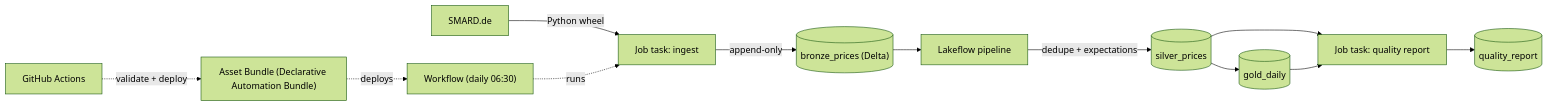
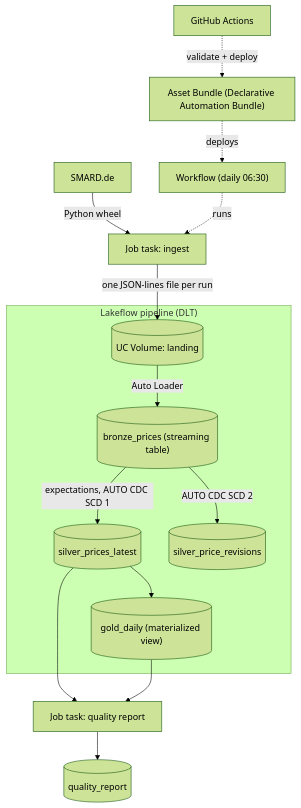
The diagram in README.md (kaeldrin-gh/databricks-energy-quality), drawn with Mermaid (forest theme) before and after one commit. The commit also changed other lines of this file and 11 other files, not shown here.

First line of the commit message:
Move bronze into the pipeline with Auto Loader and silver to AUTO CDC

````diff
--- a/README.md
+++ b/README.md
@@ -46,14 +47,17 @@
 ```mermaid
-flowchart LR
+flowchart TB
     SMARD["SMARD.de"] -->|"Python wheel"| I["Job task: ingest"]
-    I -->|append-only| B[("bronze_prices (Delta)")]
-    B --> P["Lakeflow pipeline"]
-    P -->|"dedupe + expectations"| S[("silver_prices")]
-    S --> G[("gold_daily")]
+    I -->|"one JSON-lines file per run"| V[("UC Volume: landing")]
+    subgraph P["Lakeflow pipeline (DLT)"]
+        V -->|Auto Loader| B[("bronze_prices (streaming table)")]
+        B -->|"expectations, AUTO CDC SCD 1"| S[("silver_prices_latest")]
+        B -->|"AUTO CDC SCD 2"| H[("silver_price_revisions")]
+        S --> G[("gold_daily (materialized view)")]
+    end
     S --> Q["Job task: quality report"]
     G --> Q
     Q --> R[("quality_report")]
     W["Workflow (daily 06:30)"] -.runs.-> I
     T["Asset Bundle (Declarative Automation Bundle)"] -.deploys.-> W
     C["GitHub Actions"] -.validate + deploy.-> T
 ```
````
